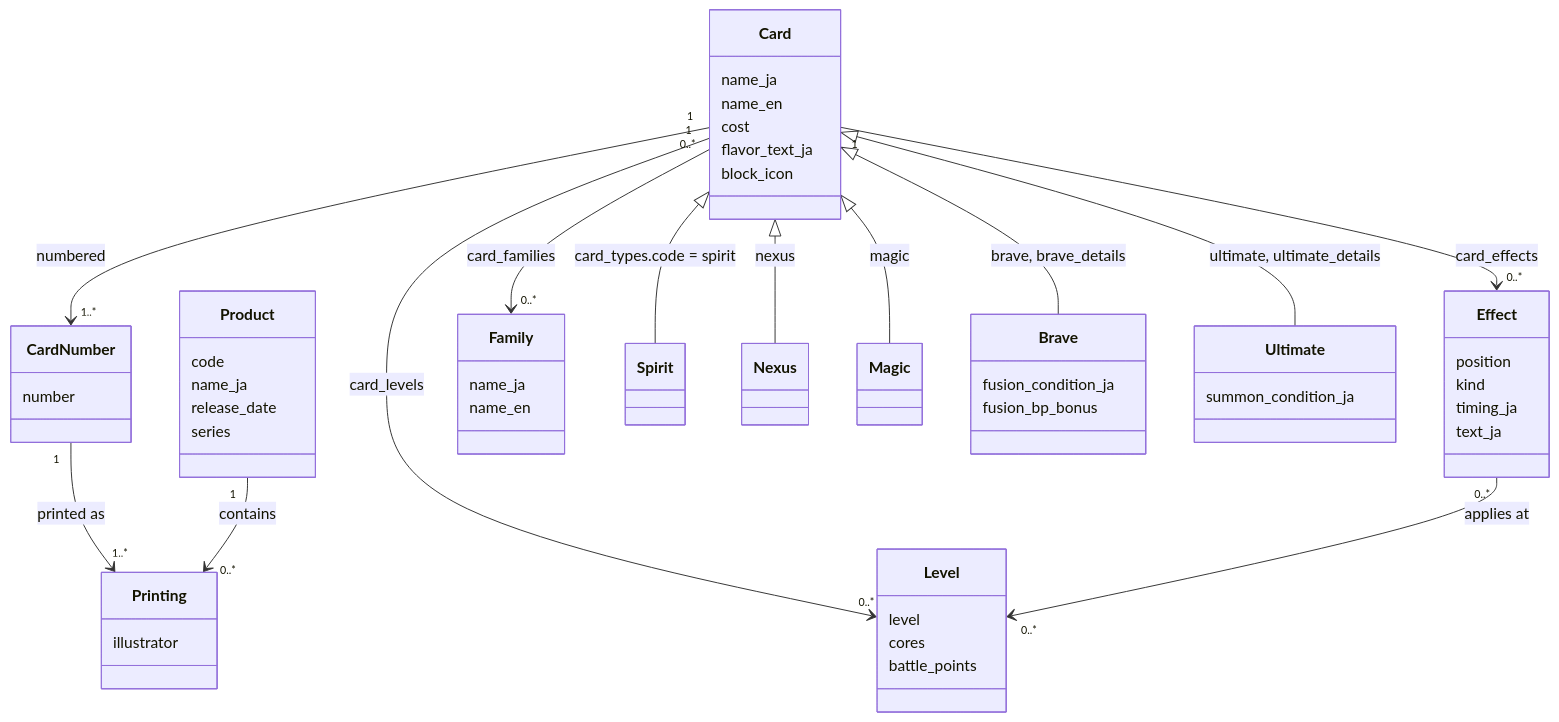
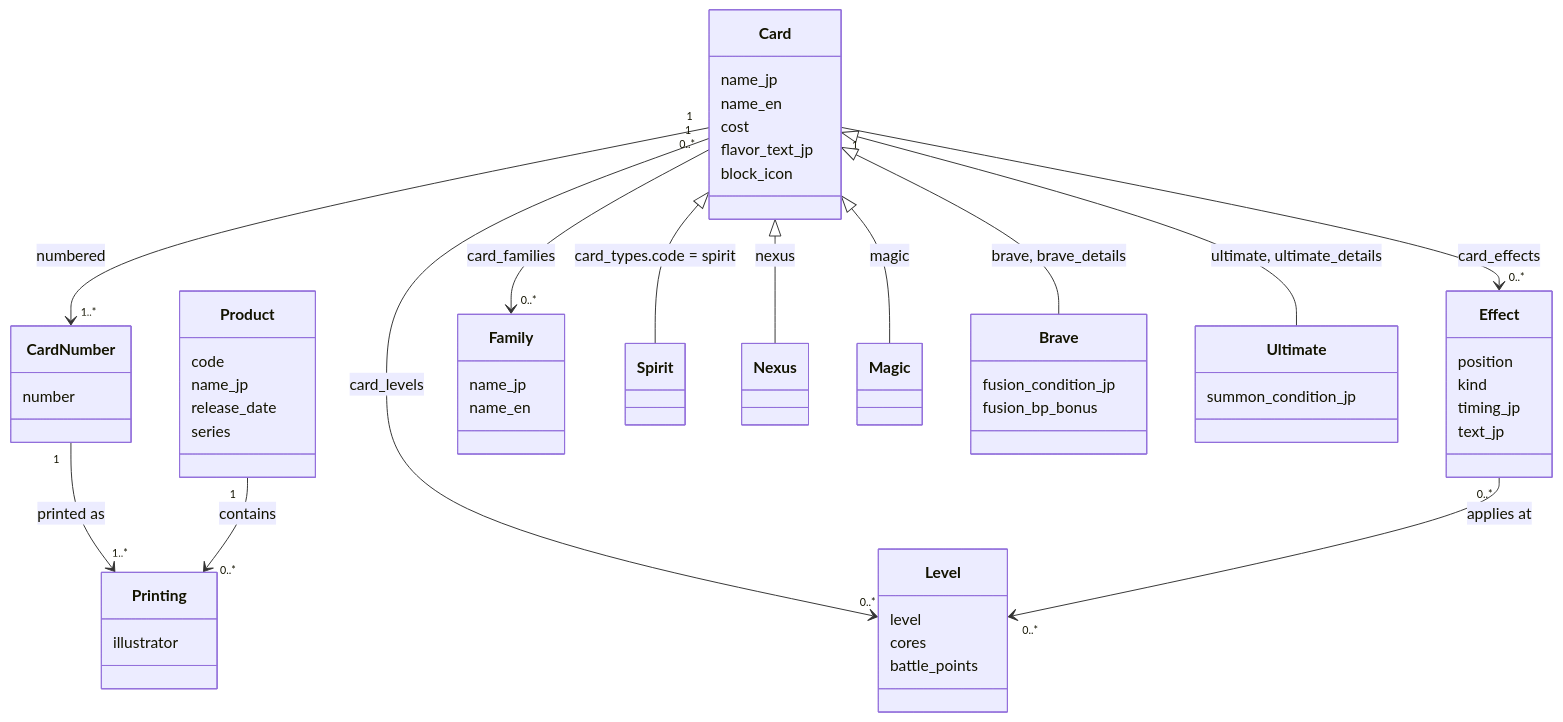
Before and after one commit to AleFire99/BS_Database: the second of 8 diagrams in docs/data-model/target-schema.md, drawn with Mermaid. The commit also changed other lines of this file and 9 other files, not shown here.

````diff
--- a/docs/data-model/target-schema.md
+++ b/docs/data-model/target-schema.md
@@ -220,60 +220,60 @@
 ```mermaid
 classDiagram
     class Card {
-        name_ja
+        name_jp
         name_en
         cost
-        flavor_text_ja
+        flavor_text_jp
         block_icon
     }
     class CardNumber {
         number
     }
     class Printing {
         illustrator
     }
     class Product {
         code
-        name_ja
+        name_jp
         release_date
         series
     }
     class Level {
         level
         cores
         battle_points
     }
     class Effect {
         position
         kind
-        timing_ja
-        text_ja
+        timing_jp
+        text_jp
     }
     class Family {
-        name_ja
+        name_jp
         name_en
     }
     class Spirit
     class Nexus
     class Magic
     class Brave {
-        fusion_condition_ja
+        fusion_condition_jp
         fusion_bp_bonus
     }
     class Ultimate {
-        summon_condition_ja
+        summon_condition_jp
     }
 
     Card <|-- Spirit : card_types.code = spirit
     Card <|-- Nexus : nexus
     Card <|-- Magic : magic
     Card <|-- Brave : brave, brave_details
     Card <|-- Ultimate : ultimate, ultimate_details
     Card "1" --> "1..*" CardNumber : numbered
     CardNumber "1" --> "1..*" Printing : printed as
     Product "1" --> "0..*" Printing : contains
     Card "1" --> "0..*" Level : card_levels
     Card "1" --> "0..*" Effect : card_effects
     Effect "0..*" --> "0..*" Level : applies at
     Card "0..*" --> "0..*" Family : card_families
 ```
````
